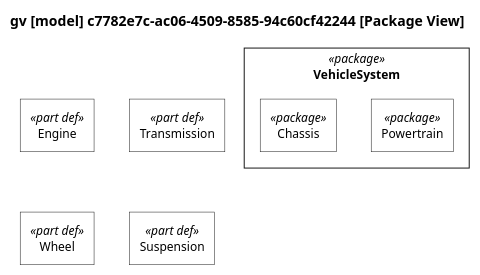
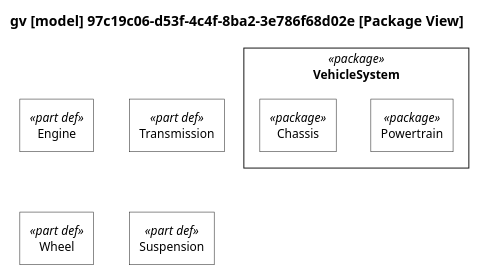
Before and after one commit to mycr0ft/sysml2py: the diagram in docs/plantuml-examples/08-package-view.puml, drawn with PlantUML. The commit also changed 32 other files, not shown here.

First line of the commit message:
boxes afv: control nodes with true decision diamonds (diagramboxes 0.5.0)

```diff
--- a/docs/plantuml-examples/08-package-view.puml
+++ b/docs/plantuml-examples/08-package-view.puml
@@ -1,85 +1,85 @@
 @startuml
 
 skinparam monochrome true
 skinparam wrapWidth 300
 skinparam defaultFontSize 12
 skinparam defaultFontName Helvetica
 
 skinparam rectangle<<package>> {
     RoundCorner 0
     BackgroundColor white
 }
 skinparam rectangle<<part def>> {
     RoundCorner 0
     BackgroundColor white
 }
 skinparam rectangle<<part>> {
     RoundCorner 15
     BackgroundColor white
 }
 skinparam rectangle<<item def>> {
     RoundCorner 0
     BackgroundColor white
 }
 skinparam rectangle<<item>> {
     RoundCorner 15
     BackgroundColor white
 }
 skinparam rectangle<<action def>> {
     RoundCorner 0
     BackgroundColor white
 }
 skinparam rectangle<<action>> {
     RoundCorner 15
     BackgroundColor white
 }
 skinparam rectangle<<attribute def>> {
     RoundCorner 0
     BackgroundColor white
 }
 skinparam rectangle<<attribute>> {
     RoundCorner 15
     BackgroundColor white
 }
 skinparam rectangle<<requirement def>> {
     RoundCorner 0
     BackgroundColor white
 }
 skinparam rectangle<<requirement>> {
     RoundCorner 15
     BackgroundColor white
 }
 skinparam rectangle<<view def>> {
     RoundCorner 0
     BackgroundColor white
 }
 skinparam rectangle<<view>> {
     RoundCorner 15
     BackgroundColor white
 }
 skinparam folder<<view def>> {
     RoundCorner 0
     BackgroundColor white
 }
 skinparam folder<<view>> {
     RoundCorner 15
     BackgroundColor white
 }
 
 top to bottom direction
 
-title gv [model] c7782e7c-ac06-4509-8585-94c60cf42244 [Package View]
+title gv [model] 97c19c06-d53f-4c4f-8ba2-3e786f68d02e [Package View]
 
 hide circle
 
 rectangle "VehicleSystem" as E5 <<package>> {
 rectangle "Powertrain" as E6 <<package>>
 rectangle "Chassis" as E7 <<package>>
 }
 rectangle "Engine" as E1 <<part def>>
 rectangle "Transmission" as E2 <<part def>>
 rectangle "Wheel" as E3 <<part def>>
 rectangle "Suspension" as E4 <<part def>>
 
 
 @enduml
```
